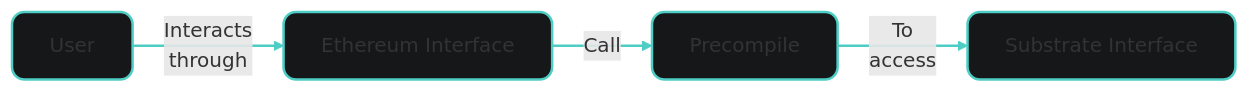
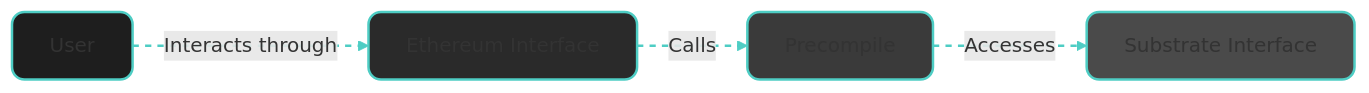
Before and after one commit to moondance-labs/tanssi-docs: the diagram in builders/toolkit/ethereum-api/precompiles/index.md, drawn with Mermaid. The commit also changed other lines of this file and 27 other files, not shown here.

````diff
--- a/builders/toolkit/ethereum-api/precompiles/index.md
+++ b/builders/toolkit/ethereum-api/precompiles/index.md
@@ -18,24 +17,25 @@
 ```mermaid
 graph LR
     
     A[User]
     B[Ethereum Interface]
     C[Precompile]
     D[Substrate Interface]
 
-    
-    A -->|Interacts 
-    through| B
-    B -->|Call| C
-    C -->|To 
-    access| D
+    A -->|Interacts through| B
+    B -->|Calls| C
+    C -->|Accesses| D
 
-    %%  node style
-    style A fill:#151719,stroke:#4ecdc4,stroke-width:2px,rx:10px,ry:10px
-    style B fill:#151719,stroke:#4ecdc4,stroke-width:2px,rx:10px,ry:10px
-    style C fill:#151719,stroke:#4ecdc4,stroke-width:2px,rx:10px,ry:10px
-    style D fill:#151719,stroke:#4ecdc4,stroke-width:2px,rx:10px,ry:10px
+    %% Node styling
+    style A fill:#1e1e1e,stroke:#4ecdc4,stroke-width:2px,rx:10px,ry:10px
+    style B fill:#2a2a2a,stroke:#4ecdc4,stroke-width:2px,rx:10px,ry:10px
+    style C fill:#3a3a3a,stroke:#4ecdc4,stroke-width:2px,rx:10px,ry:10px
+    style D fill:#4a4a4a,stroke:#4ecdc4,stroke-width:2px,rx:10px,ry:10px
 
-    %% arrow style
-    linkStyle default stroke-width:2px,stroke:#4ecdc4
+    %% Arrow styling
+    linkStyle default stroke-width:2px,stroke:#4ecdc4,stroke-dasharray: 5, 5
+
+    %% Optional: Add a note or description
+    classDef note fill:#1a1a1a,stroke:#4ecdc4,stroke-width:1px;
+    class A,B,C,D note
 ```
````
